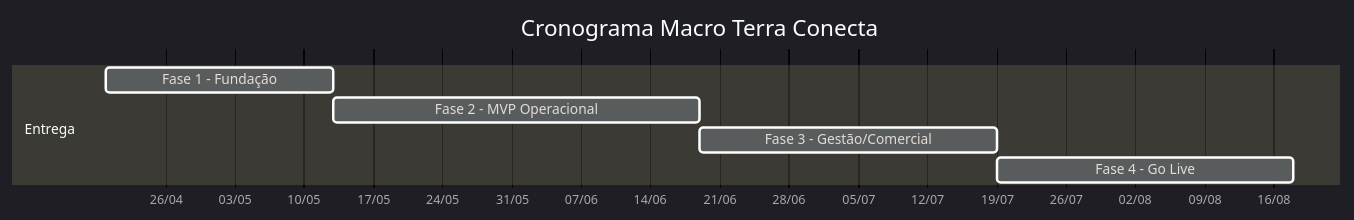
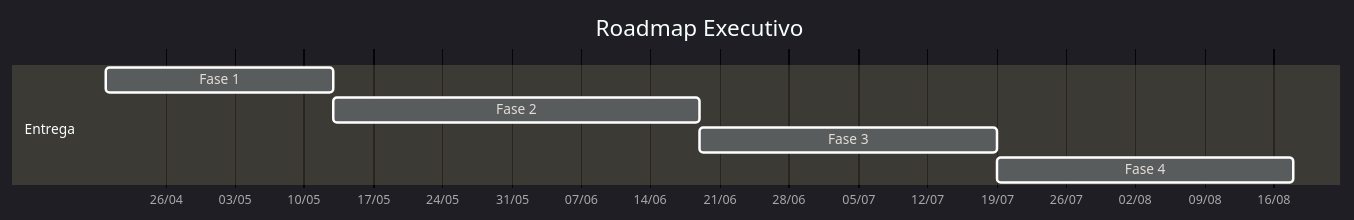
Before and after one commit to matheusdiamantino-betalent/questions-ai: the seventh of 7 diagrams in test.md, drawn with Mermaid. The commit also changed other lines of this file, not shown here.

````diff
--- a/test.md
+++ b/test.md
@@ -702,21 +510,20 @@
 ```mermaid
 %%{init: {
-  'theme': 'dark',
-  'themeVariables': {
-    'background': '#050816',
-    'primaryColor': '#06EFFF',
-    'primaryBorderColor': '#39FF14',
-    'primaryTextColor': '#F0FDFF',
-    'lineColor': '#A855F7'
-  }
-}}%%
+'theme':'dark',
+'themeVariables':{
+'background':'#040814',
+'primaryColor':'#22D3EE',
+'primaryTextColor':'#F8FAFC',
+'primaryBorderColor':'#39FF14',
+'lineColor':'#A855F7'
+}}}%%
 gantt
-    title Cronograma Macro Terra Conecta
-    dateFormat  YYYY-MM-DD
-    axisFormat  %d/%m
-    section Entrega
-    Fase 1 - Fundação          :a1, 2026-04-20, 23d
-    Fase 2 - MVP Operacional   :a2, after a1, 37d
-    Fase 3 - Gestão/Comercial  :a3, after a2, 30d
-    Fase 4 - Go Live           :a4, after a3, 30d
+title Roadmap Executivo
+dateFormat YYYY-MM-DD
+axisFormat %d/%m
+section Entrega
+Fase 1 :a1, 2026-04-20, 23d
+Fase 2 :a2, after a1, 37d
+Fase 3 :a3, after a2, 30d
+Fase 4 :a4, after a3, 30d
 ```
````
